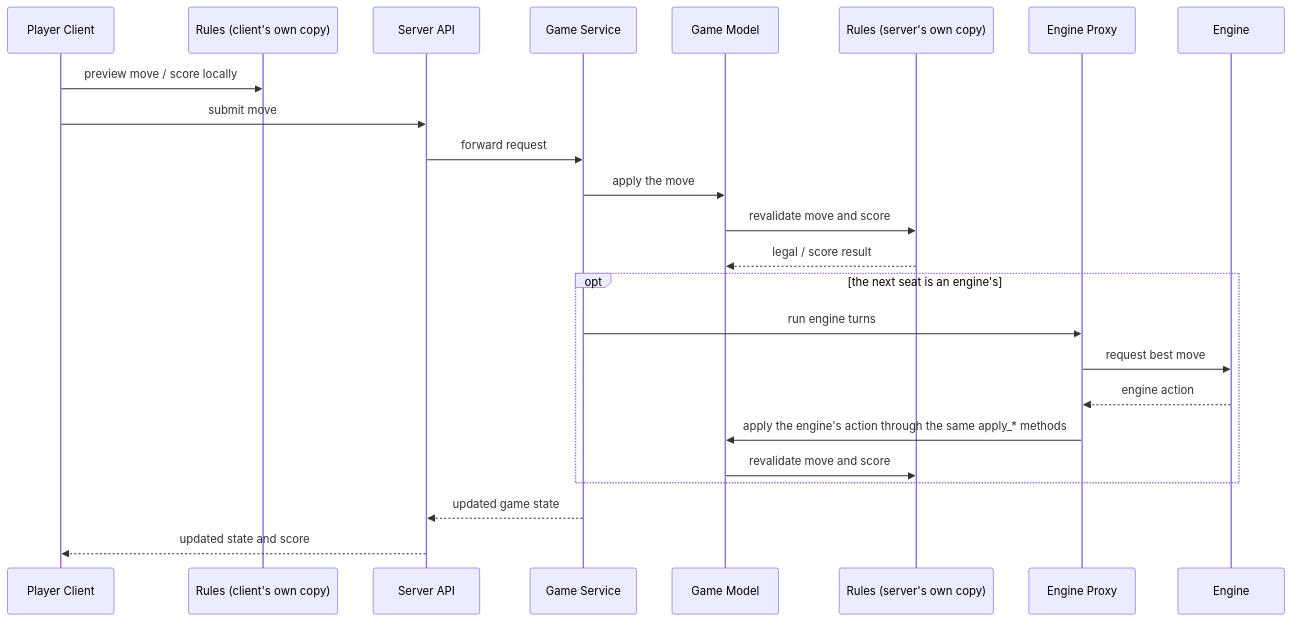
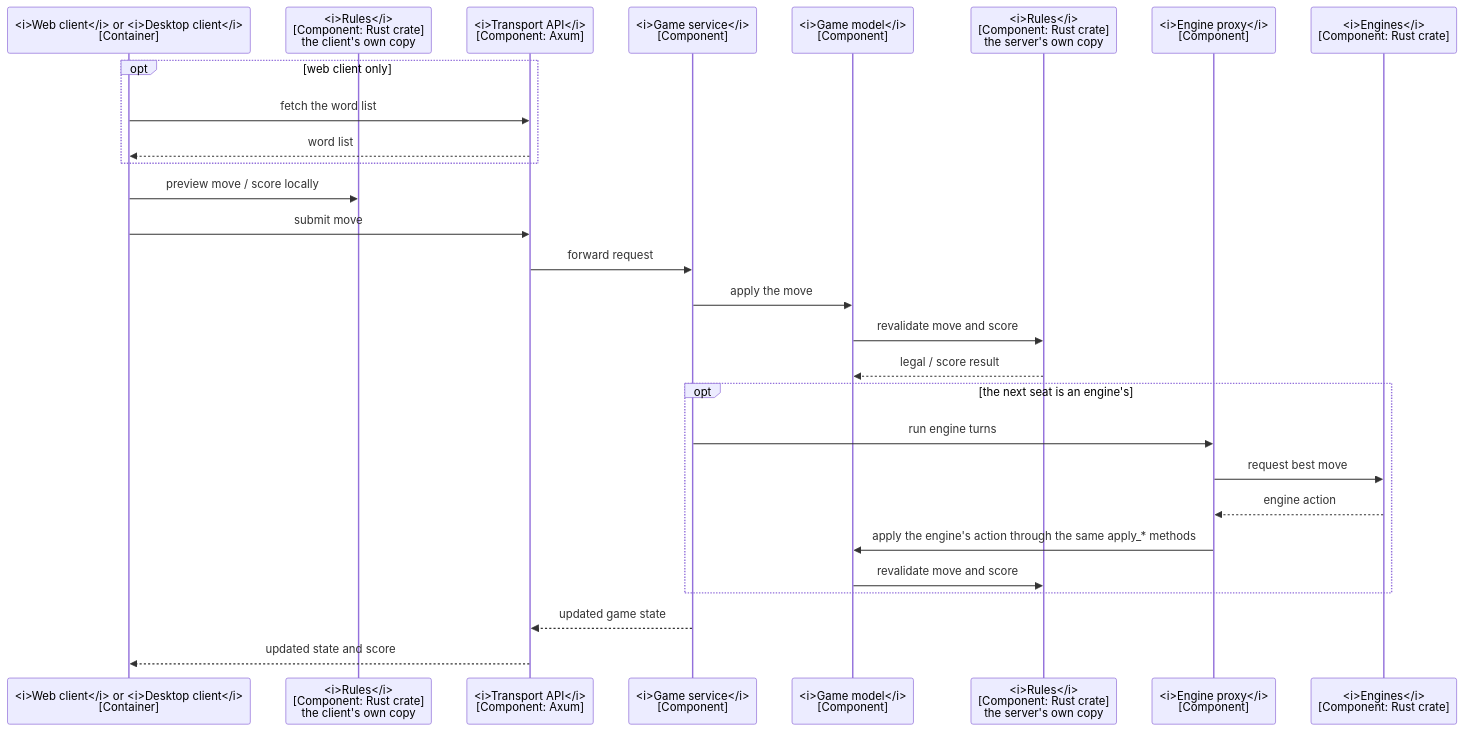
Before and after one commit to delphside/tile-lite-elite: the diagram in docs/4.1.2-components-and-interactions.md, drawn with Mermaid. The commit also changed other lines of this file and 7 other files, not shown here.

````diff
--- a/docs/4.1.2-components-and-interactions.md
+++ b/docs/4.1.2-components-and-interactions.md
@@ -15,27 +28,31 @@
 ```mermaid
 sequenceDiagram
-  participant P as Player Client
-  participant RC as Rules (client's own copy)
-  participant S as Server API
-  participant G as Game Service
-  participant M as Game Model
-  participant RS as Rules (server's own copy)
-  participant X as Engine Proxy
-  participant E as Engine
+  participant P as <i>Web client</i> or <i>Desktop client</i><br>[Container]
+  participant RC as <i>Rules</i><br>[Component: Rust crate]<br>the client's own copy
+  participant S as <i>Transport API</i><br>[Component: Axum]
+  participant G as <i>Game service</i><br>[Component]
+  participant M as <i>Game model</i><br>[Component]
+  participant RS as <i>Rules</i><br>[Component: Rust crate]<br>the server's own copy
+  participant X as <i>Engine proxy</i><br>[Component]
+  participant E as <i>Engines</i><br>[Component: Rust crate]
 
+  opt web client only
+    P->>S: fetch the word list
+    S-->>P: word list
+  end
   P->>RC: preview move / score locally
   P->>S: submit move
   S->>G: forward request
   G->>M: apply the move
   M->>RS: revalidate move and score
   RS-->>M: legal / score result
   opt the next seat is an engine's
     G->>X: run engine turns
     X->>E: request best move
     E-->>X: engine action
     X->>M: apply the engine's action through the same apply_* methods
     M->>RS: revalidate move and score
   end
   G-->>S: updated game state
   S-->>P: updated state and score
 ```
````
